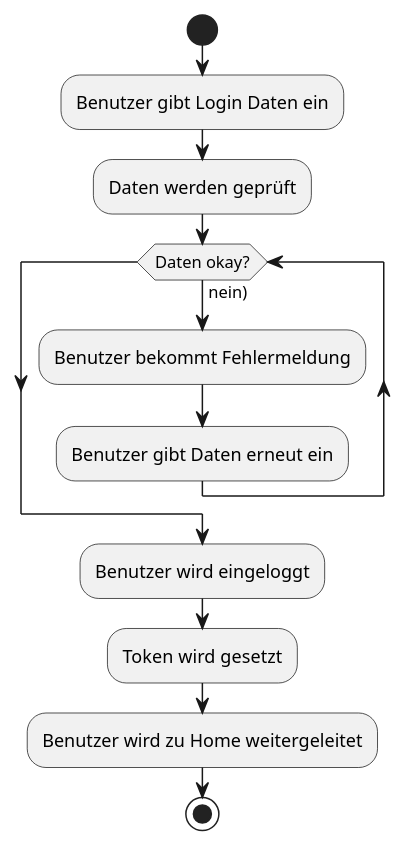
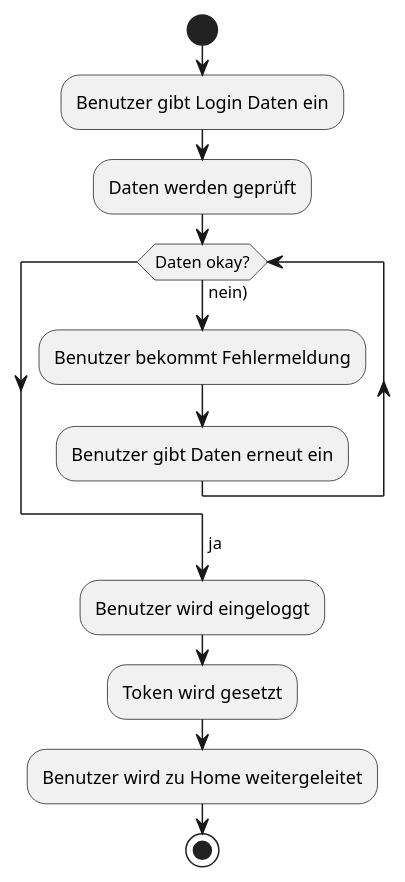
One commit to DHBW-FN-TIT20/shopler changed the diagram in doc/diagrams/login.puml. Above: the diagram before and after it, drawn with PlantUML.

Commit message:
fixed login diagram

```diff
--- a/doc/diagrams/login.puml
+++ b/doc/diagrams/login.puml
@@ -1,17 +1,18 @@
 @startuml login
 
 start
 
 :Benutzer gibt Login Daten ein;
 :Daten werden geprüft;
 while (Daten okay?) is (nein))
     :Benutzer bekommt Fehlermeldung;
     :Benutzer gibt Daten erneut ein;
 endwhile
+-> ja;
 :Benutzer wird eingeloggt;
 :Token wird gesetzt;
 :Benutzer wird zu Home weitergeleitet;
 
 stop
 
 @enduml
```
